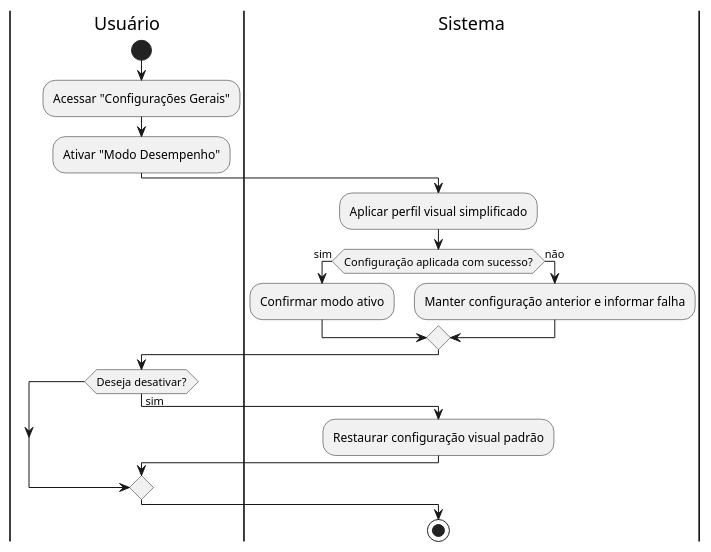
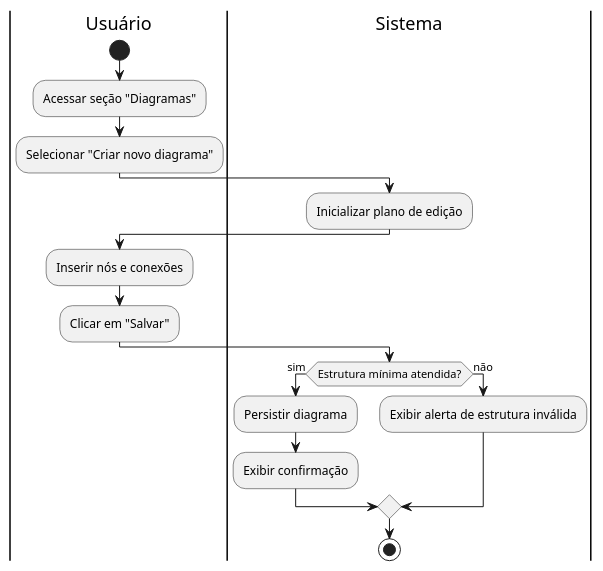
One commit to aspiringluke/Projeto-Integrado-Mobile changed the diagram in docs/casosUso/uml/diagramas_atividade/diagrama_atividade_UC15.puml. Above: the diagram before and after it, drawn with PlantUML. The commit also changed 31 other files, not shown here.

```diff
--- a/docs/casosUso/uml/diagramas_atividade/diagrama_atividade_UC15.puml
+++ b/docs/casosUso/uml/diagramas_atividade/diagrama_atividade_UC15.puml
@@ -1,24 +1,24 @@
 @startuml diagrama_UC15
 
 |Usuário|
 start
-:Acessar "Configurações Gerais";
-:Ativar "Modo Desempenho";
+:Acessar seção "Diagramas";
+:Selecionar "Criar novo diagrama";
 
 |Sistema|
-:Aplicar perfil visual simplificado;
-
-if (Configuração aplicada com sucesso?) then (sim)
-  :Confirmar modo ativo;
-else (não)
-  :Manter configuração anterior e informar falha;
-endif
+:Inicializar plano de edição;
 
 |Usuário|
-if (Deseja desativar?) then (sim)
-  |Sistema|
-  :Restaurar configuração visual padrão;
+:Inserir nós e conexões;
+:Clicar em "Salvar";
+
+|Sistema|
+if (Estrutura mínima atendida?) then (sim)
+  :Persistir diagrama;
+  :Exibir confirmação;
+else (não)
+  :Exibir alerta de estrutura inválida;
 endif
 
 stop
 @enduml
```
